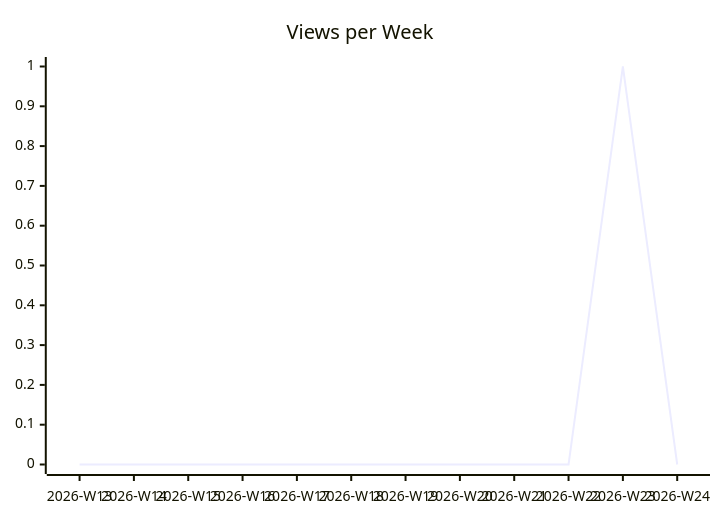
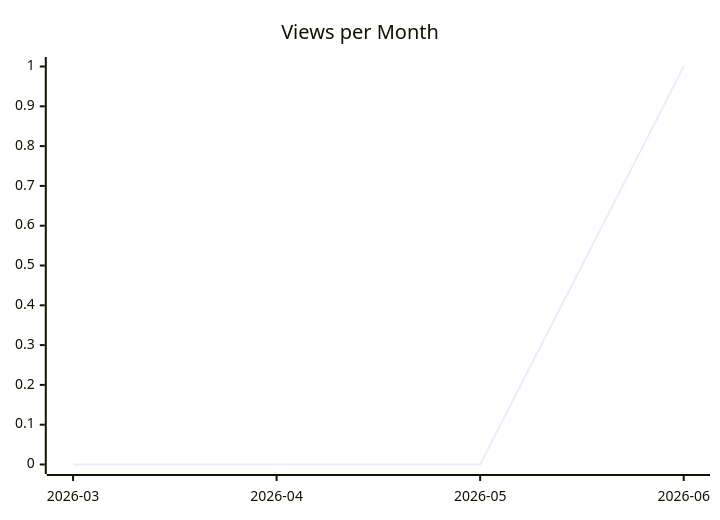
The second of 3 diagrams in karlmdavis/m2e-core/README.md (justdavis-family/github-analytics-data), drawn with Mermaid before and after one commit. The commit also changed other lines of this file and 198 other files, not shown here.

````diff
--- a/karlmdavis/m2e-core/README.md
+++ b/karlmdavis/m2e-core/README.md
@@ -12,6 +12,6 @@
 ```mermaid
 xychart-beta
-  title "Views per Week"
-  x-axis ["2026-W13", "2026-W14", "2026-W15", "2026-W16", "2026-W17", "2026-W18", "2026-W19", "2026-W20", "2026-W21", "2026-W22", "2026-W23", "2026-W24"]
-  line [0, 0, 0, 0, 0, 0, 0, 0, 0, 0, 1, 0]
+  title "Views per Month"
+  x-axis ["2026-03", "2026-04", "2026-05", "2026-06"]
+  line [0, 0, 0, 1]
 ```
````
